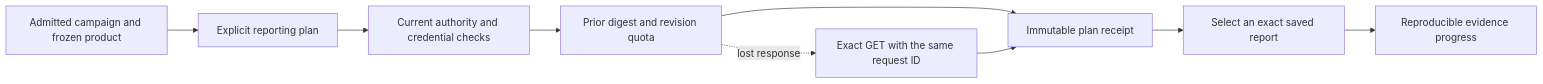
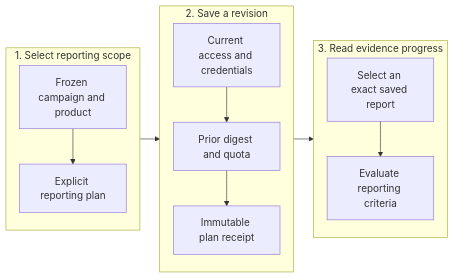
The second of 2 diagrams in docs/project-campaigns.md (fireflyframework/firefly-forge), drawn with Mermaid before and after one commit. The commit also changed other lines of this file, not shown here.

Commit message:
docs: keep campaign reporting phases legible on narrow screens

````diff
--- a/docs/project-campaigns.md
+++ b/docs/project-campaigns.md
@@ -223,11 +224,24 @@
 ```mermaid
+---
+config:
+  flowchart:
+    wrappingWidth: 112
+    rankSpacing: 32
+    nodeSpacing: 24
+---
 flowchart LR
-  A[Admitted campaign and frozen product] --> B[Explicit reporting plan]
-  B --> C[Current authority and credential checks]
-  C --> D[Prior digest and revision quota]
-  D --> E[Immutable plan receipt]
-  E --> F[Select an exact saved report]
-  F --> G[Reproducible evidence progress]
-  D -. lost response .-> H[Exact GET with the same request ID]
-  H --> E
+  subgraph SelectPhase["1. Select reporting scope"]
+    direction TB
+    A[Frozen campaign and product] --> B[Explicit reporting plan]
+  end
+  subgraph SavePhase["2. Save a revision"]
+    direction TB
+    C[Current access and credentials] --> D[Prior digest and quota]
+    D --> E[Immutable plan receipt]
+  end
+  subgraph ReadPhase["3. Read evidence progress"]
+    direction TB
+    F[Select an exact saved report] --> G[Evaluate reporting criteria]
+  end
+  SelectPhase --> SavePhase --> ReadPhase
 ```
````
